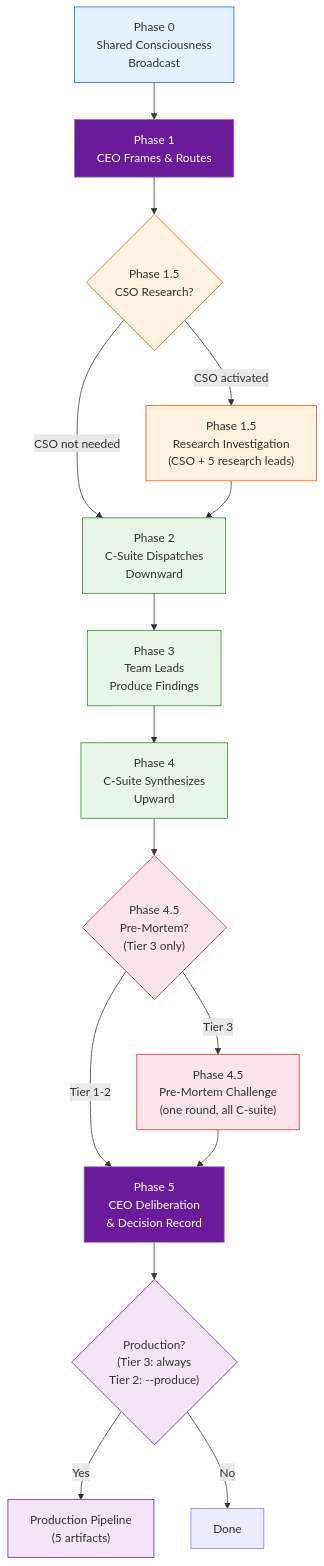
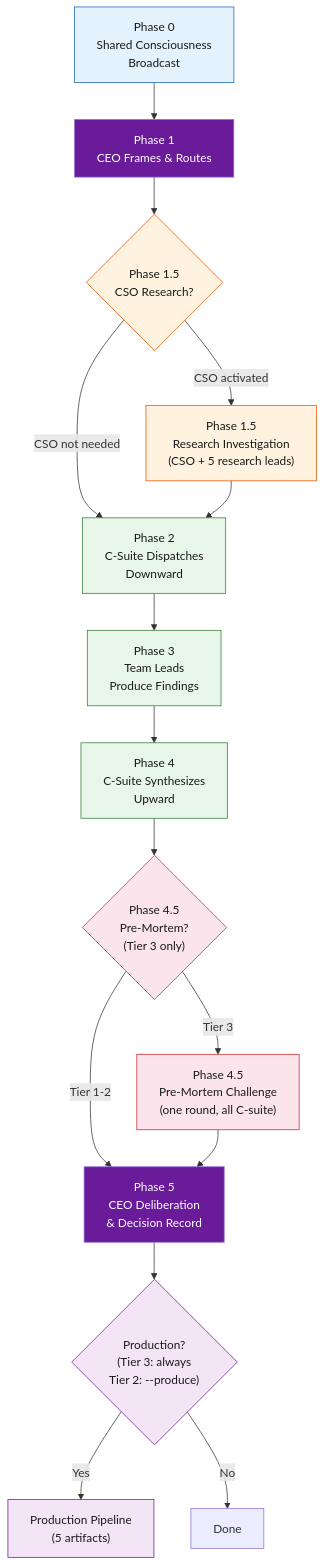
Before and after one commit to apatheticus/corporate-decision-panel: the fourth of 6 diagrams in README.md, drawn with Mermaid. The commit also changed other lines of this file, not shown here.

First line of the commit message:
docs: Improve Mermaid diagram text readability in README

````diff
--- a/README.md
+++ b/README.md
@@ -362,43 +362,43 @@
 ```mermaid
 flowchart TD
     P0["Phase 0\nShared Consciousness\nBroadcast"]
     P1["Phase 1\nCEO Frames & Routes"]
     P15{"Phase 1.5\nCSO Research?"}
     P15Y["Phase 1.5\nResearch Investigation\n(CSO + 5 research leads)"]
     P2["Phase 2\nC-Suite Dispatches\nDownward"]
     P3["Phase 3\nTeam Leads\nProduce Findings"]
     P4["Phase 4\nC-Suite Synthesizes\nUpward"]
     P45{"Phase 4.5\nPre-Mortem?\n(Tier 3 only)"}
     P45Y["Phase 4.5\nPre-Mortem Challenge\n(one round, all C-suite)"]
     P5["Phase 5\nCEO Deliberation\n& Decision Record"]
     PROD{"Production?\n(Tier 3: always\nTier 2: --produce)"}
     PRODY["Production Pipeline\n(5 artifacts)"]
 
     P0 --> P1
     P1 --> P15
     P15 -->|CSO activated| P15Y
     P15 -->|CSO not needed| P2
     P15Y --> P2
     P2 --> P3
     P3 --> P4
     P4 --> P45
     P45 -->|Tier 3| P45Y
     P45 -->|Tier 1-2| P5
     P45Y --> P5
     P5 --> PROD
     PROD -->|Yes| PRODY
     PROD -->|No| END["Done"]
 
-    style P0 fill:#e3f2fd,stroke:#1565c0
+    style P0 fill:#e3f2fd,stroke:#1565c0,color:#1a1a1a
     style P1 fill:#6a1b9a,color:#fff
-    style P15 fill:#fff3e0,stroke:#e65100
-    style P15Y fill:#fff3e0,stroke:#e65100
-    style P2 fill:#e8f5e9,stroke:#2e7d32
-    style P3 fill:#e8f5e9,stroke:#2e7d32
-    style P4 fill:#e8f5e9,stroke:#2e7d32
-    style P45 fill:#fce4ec,stroke:#c62828
-    style P45Y fill:#fce4ec,stroke:#c62828
+    style P15 fill:#fff3e0,stroke:#e65100,color:#1a1a1a
+    style P15Y fill:#fff3e0,stroke:#e65100,color:#1a1a1a
+    style P2 fill:#e8f5e9,stroke:#2e7d32,color:#1a1a1a
+    style P3 fill:#e8f5e9,stroke:#2e7d32,color:#1a1a1a
+    style P4 fill:#e8f5e9,stroke:#2e7d32,color:#1a1a1a
+    style P45 fill:#fce4ec,stroke:#c62828,color:#1a1a1a
+    style P45Y fill:#fce4ec,stroke:#c62828,color:#1a1a1a
     style P5 fill:#6a1b9a,color:#fff
-    style PROD fill:#f3e5f5,stroke:#6a1b9a
-    style PRODY fill:#f3e5f5,stroke:#6a1b9a
+    style PROD fill:#f3e5f5,stroke:#6a1b9a,color:#1a1a1a
+    style PRODY fill:#f3e5f5,stroke:#6a1b9a,color:#1a1a1a
 ```
````
